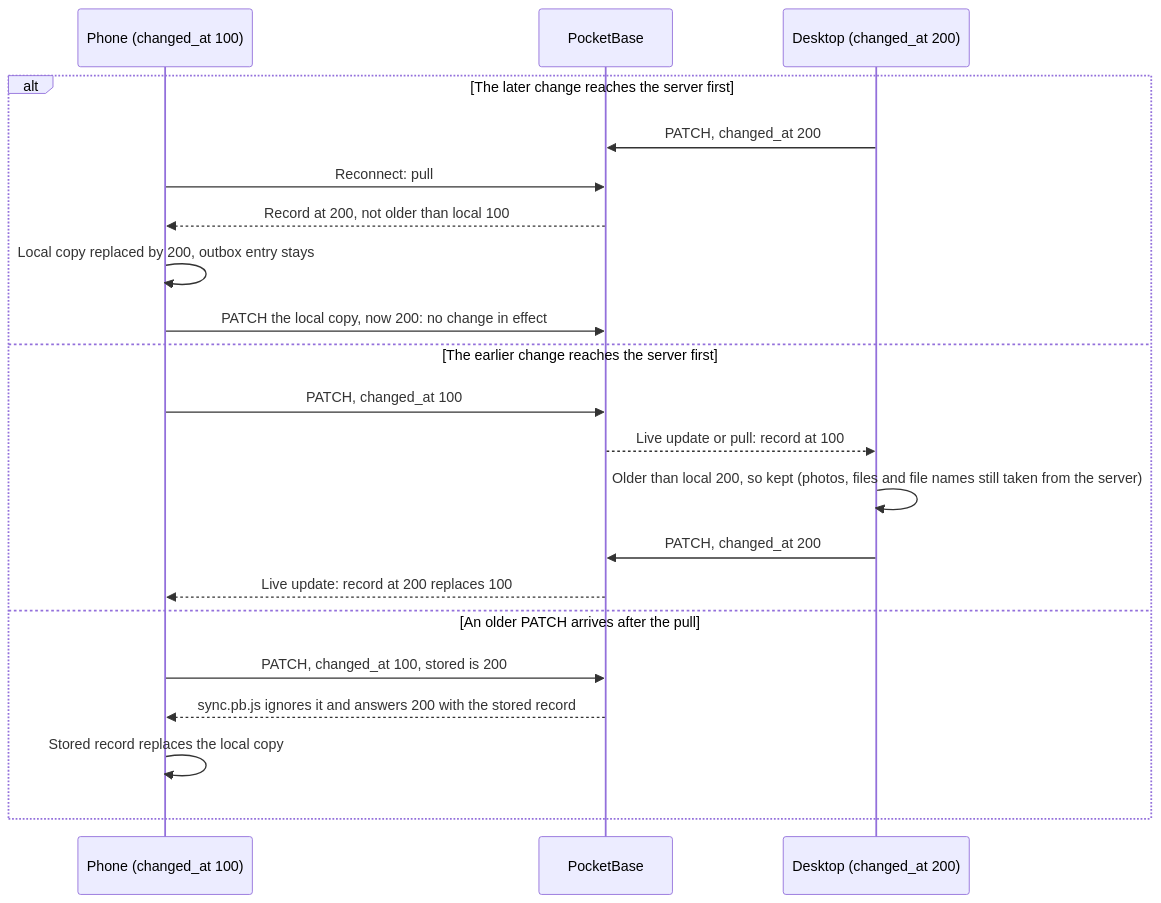
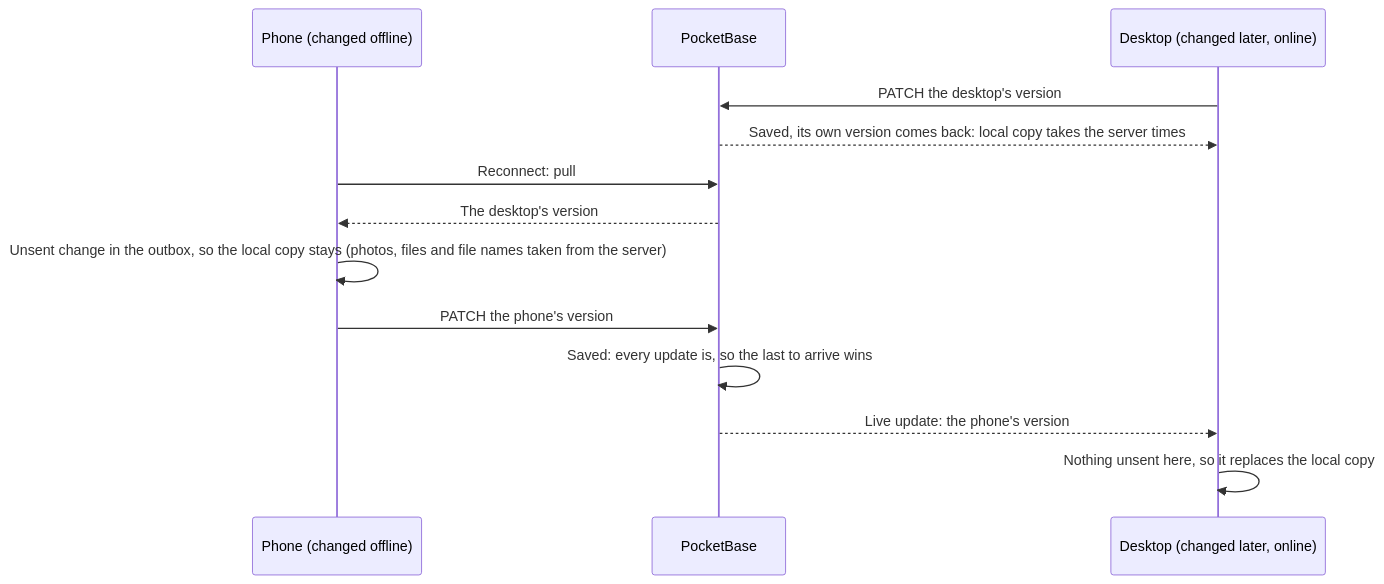
Before and after one commit to valde222/life_app: the diagram in docs/diagrams/05b-sync-conflict.md, drawn with Mermaid. The commit also changed other lines of this file and 6 other files, not shown here.

Commit message:
docs: conflicts go to the change that reaches the server last; deploy v1.1.1, rehearse updates on 1.1.2 (Offline and sync 4)

````diff
--- a/docs/diagrams/05b-sync-conflict.md
+++ b/docs/diagrams/05b-sync-conflict.md
@@ -5,24 +5,16 @@
 ```mermaid
 sequenceDiagram
-  participant A as Phone (changed_at 100)
+  participant A as Phone (changed offline)
   participant PB as PocketBase
-  participant B as Desktop (changed_at 200)
+  participant B as Desktop (changed later, online)
 
-  alt The later change reaches the server first
-    B->>PB: PATCH, changed_at 200
-    A->>PB: Reconnect: pull
-    PB-->>A: Record at 200, not older than local 100
-    A->>A: Local copy replaced by 200, outbox entry stays
-    A->>PB: PATCH the local copy, now 200: no change in effect
-  else The earlier change reaches the server first
-    A->>PB: PATCH, changed_at 100
-    PB-->>B: Live update or pull: record at 100
-    B->>B: Older than local 200, so kept (photos, files and file names still taken from the server)
-    B->>PB: PATCH, changed_at 200
-    PB-->>A: Live update: record at 200 replaces 100
-  else An older PATCH arrives after the pull
-    A->>PB: PATCH, changed_at 100, stored is 200
-    PB-->>A: sync.pb.js ignores it and answers 200 with the stored record
-    A->>A: Stored record replaces the local copy
-  end
+  B->>PB: PATCH the desktop's version
+  PB-->>B: Saved, its own version comes back: local copy takes the server times
+  A->>PB: Reconnect: pull
+  PB-->>A: The desktop's version
+  A->>A: Unsent change in the outbox, so the local copy stays (photos, files and file names taken from the server)
+  A->>PB: PATCH the phone's version
+  PB->>PB: Saved: every update is, so the last to arrive wins
+  PB-->>B: Live update: the phone's version
+  B->>B: Nothing unsent here, so it replaces the local copy
 ```
````
